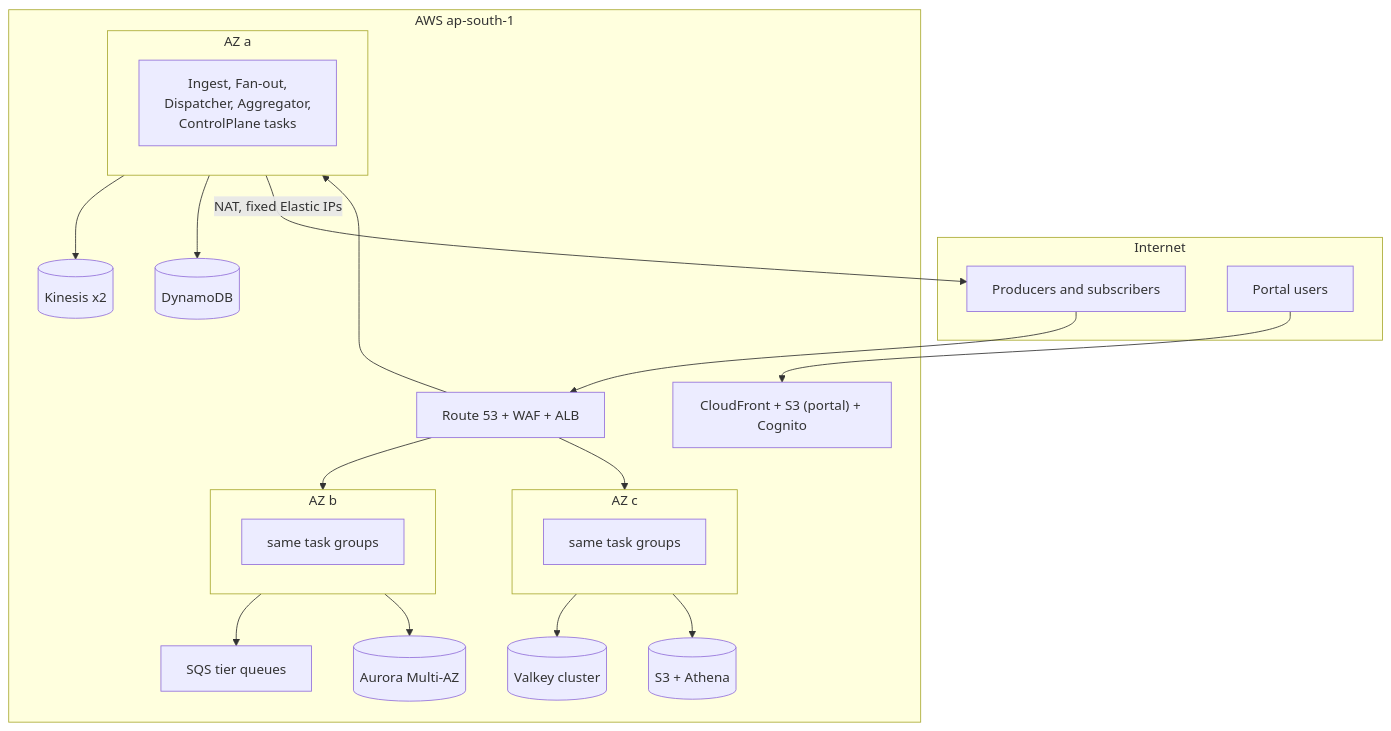
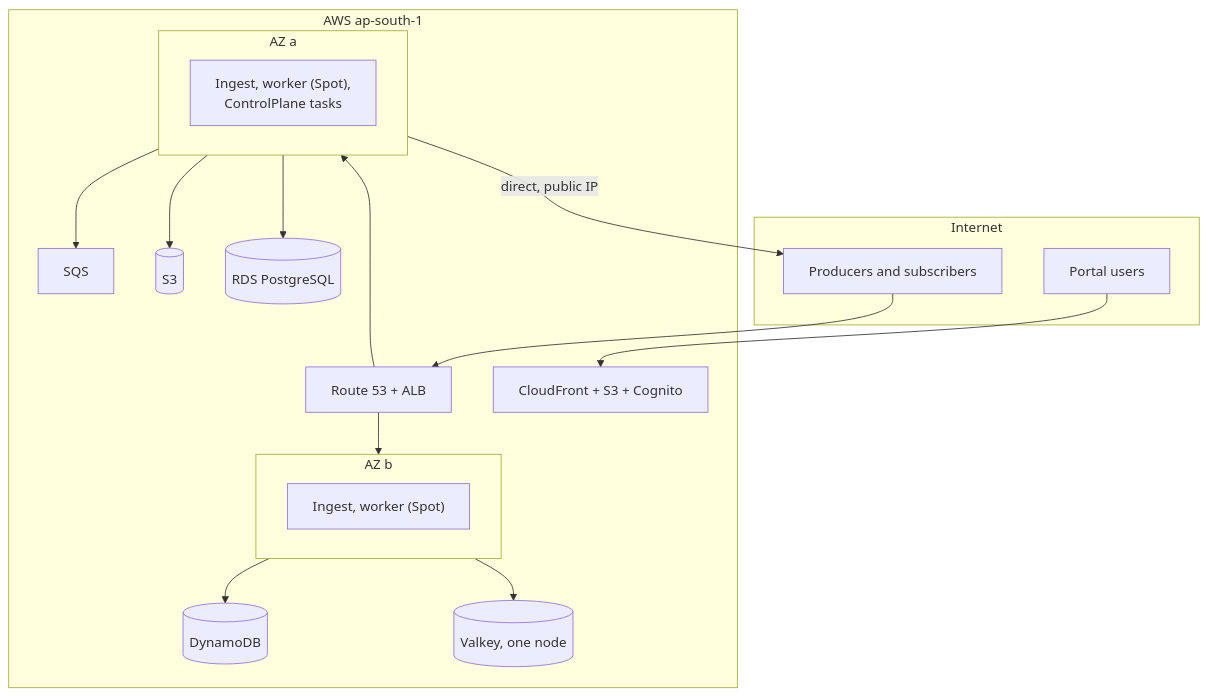
One commit to twobudgies/WebhookGateway changed the seventh of 7 diagrams in docs/architecture.md. Above: the diagram before and after it, drawn with Mermaid. The commit also changed other lines of this file and 6 other files, not shown here.

Commit message:
docs: architecture v4 - cost-first Stage 1 on SQS (no Kinesis), cost model

````diff
--- a/docs/architecture.md
+++ b/docs/architecture.md
@@ -242,38 +220,32 @@
 ```mermaid
 flowchart TB
   subgraph Internet
     P2["Producers and subscribers"]
     U2["Portal users"]
   end
   subgraph R["AWS ap-south-1"]
-    EDGE["Route 53 + WAF + ALB"]
-    CFD["CloudFront + S3 (portal) + Cognito"]
+    ALB["Route 53 + ALB"]
+    CFD["CloudFront + S3 + Cognito"]
     subgraph AZ1["AZ a"]
-      T1["Ingest, Fan-out,<br/>Dispatcher, Aggregator,<br/>ControlPlane tasks"]
+      T1["Ingest, worker (Spot),<br/>ControlPlane tasks"]
     end
     subgraph AZ2["AZ b"]
-      T2["same task groups"]
+      T2["Ingest, worker (Spot)"]
     end
-    subgraph AZ3["AZ c"]
-      T3["same task groups"]
-    end
-    KD[("Kinesis x2")]
-    SQ["SQS tier queues"]
-    VK[("Valkey cluster")]
+    SQ["SQS"]
     DY[("DynamoDB")]
-    AU[("Aurora Multi-AZ")]
-    S3B[("S3 + Athena")]
+    S3B[("S3")]
+    PGD[("RDS PostgreSQL")]
+    VK[("Valkey, one node")]
   end
-  P2 --> EDGE
+  P2 --> ALB
   U2 --> CFD
-  EDGE --> AZ1
-  EDGE --> AZ2
-  EDGE --> AZ3
-  AZ1 --> KD
-  AZ2 --> SQ
-  AZ3 --> VK
-  AZ1 --> DY
-  AZ2 --> AU
-  AZ3 --> S3B
-  AZ1 -->|"NAT, fixed Elastic IPs"| P2
+  ALB --> AZ1
+  ALB --> AZ2
+  AZ1 --> SQ
+  AZ2 --> DY
+  AZ1 --> S3B
+  AZ1 --> PGD
+  AZ2 --> VK
+  AZ1 -->|"direct, public IP"| P2
 ```
````
